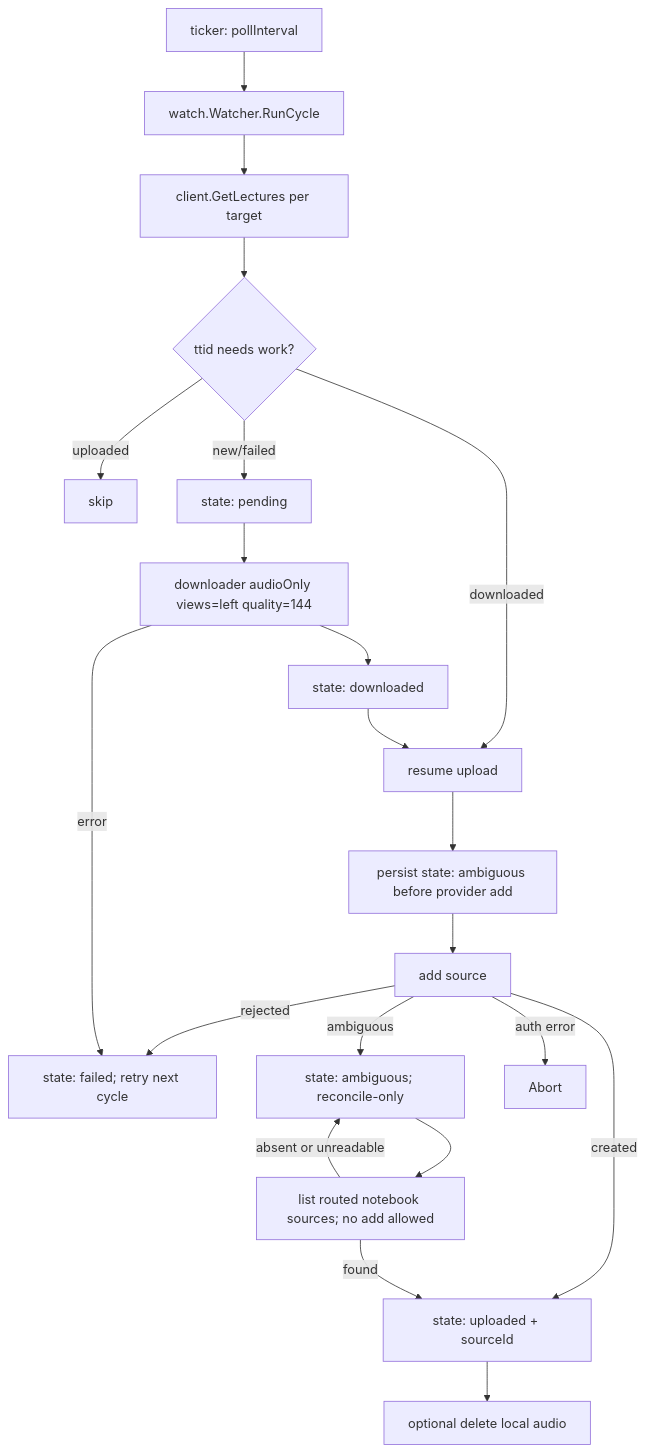
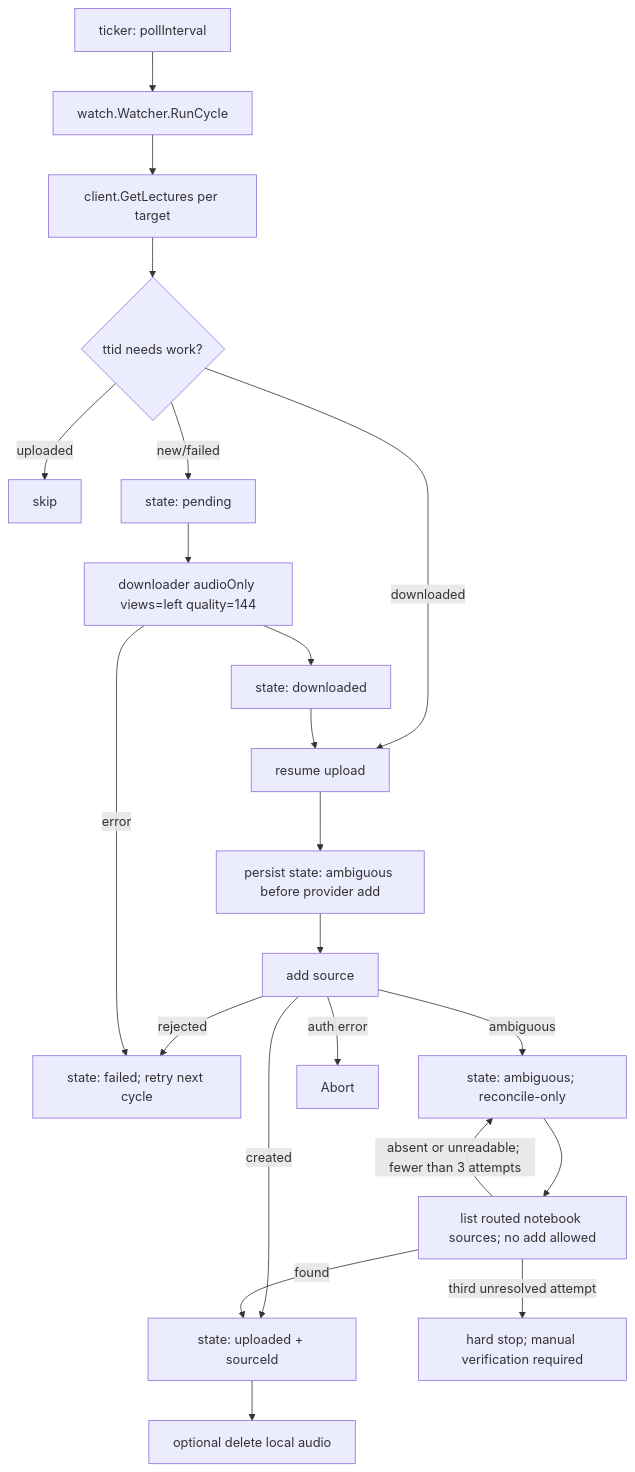
Before and after one commit to rabesss/impartus-cli: the fourth of 6 diagrams in docs/architecture.md, drawn with Mermaid. The commit also changed other lines of this file and 10 other files, not shown here.

````diff
--- a/docs/architecture.md
+++ b/docs/architecture.md
@@ -95,23 +95,24 @@
 ```mermaid
 flowchart TD
   Tick["ticker: pollInterval"] --> Loop
   Loop["watch.Watcher.RunCycle"] --> Fetch["client.GetLectures per target"]
   Fetch --> Diff{"ttid needs work?"}
   Diff -->|uploaded| Skip["skip"]
   Diff -->|downloaded| Up["resume upload"]
   Diff -->|new/failed| Claim["state: pending"]
   Claim --> DL["downloader audioOnly views=left quality=144"]
   DL --> Mark1["state: downloaded"]
   Mark1 --> Up
   Up --> Intent["persist state: ambiguous before provider add"]
   Intent --> Add["add source"]
   Add -->|created| Mark2["state: uploaded + sourceId"]
   Add -->|rejected| Retry["state: failed; retry next cycle"]
   Add -->|ambiguous| Hold["state: ambiguous; reconcile-only"]
   Hold --> SafeRecon["list routed notebook sources; no add allowed"]
   SafeRecon -->|found| Mark2
-  SafeRecon -->|absent or unreadable| Hold
+  SafeRecon -->|absent or unreadable; fewer than 3 attempts| Hold
+  SafeRecon -->|third unresolved attempt| Stop["hard stop; manual verification required"]
   Mark2 --> Clean["optional delete local audio"]
   DL -->|error| Retry
   Add -->|auth error| Abort
 ```
````
